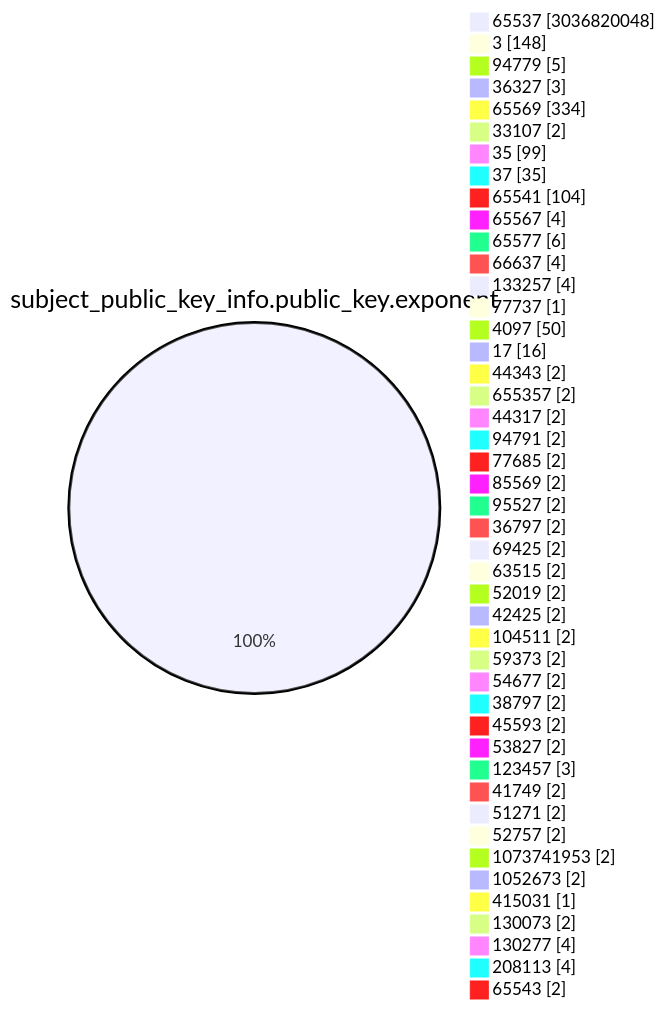
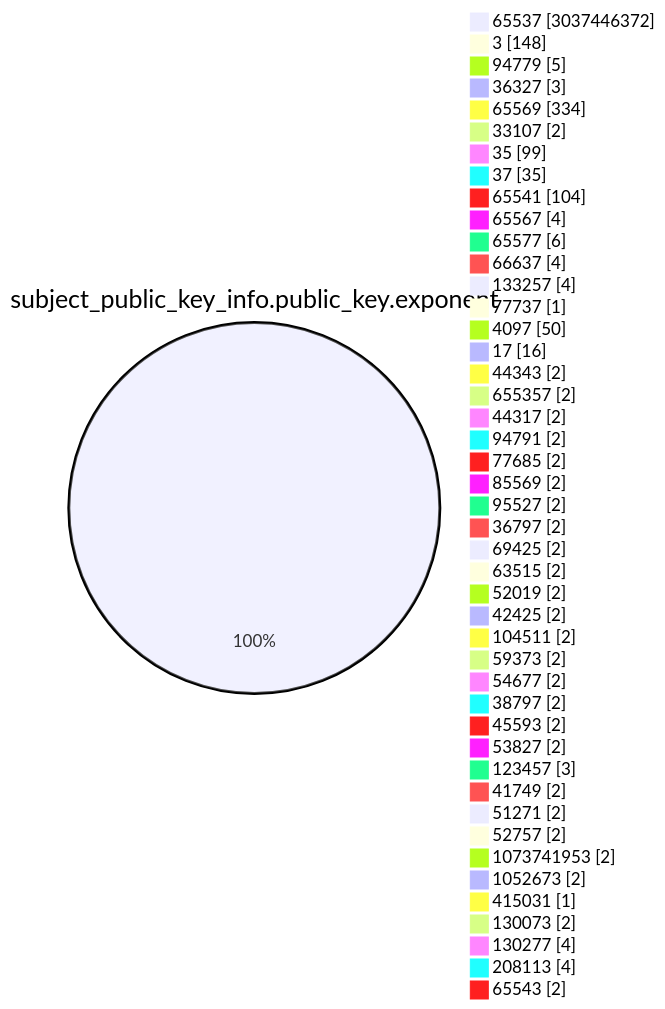
One commit to christiankrug/ctmonitor_visualization changed the fourth of 15 diagrams in TOTAL/README.md. Above: the diagram before and after it, drawn with Mermaid. The commit also changed other lines of this file, not shown here.

````diff
--- a/TOTAL/README.md
+++ b/TOTAL/README.md
@@ -1473,49 +1473,49 @@
 ```mermaid
 pie showData
 title subject_public_key_info.public_key.exponent
-"65537" :3036820048
+"65537" :3037446372
 "3" :148
 "94779" :5
 "36327" :3
 "65569" :334
 "33107" :2
 "35" :99
 "37" :35
 "65541" :104
 "65567" :4
 "65577" :6
 "66637" :4
 "133257" :4
 "77737" :1
 "4097" :50
 "17" :16
 "44343" :2
 "655357" :2
 "44317" :2
 "94791" :2
 "77685" :2
 "85569" :2
 "95527" :2
 "36797" :2
 "69425" :2
 "63515" :2
 "52019" :2
 "42425" :2
 "104511" :2
 "59373" :2
 "54677" :2
 "38797" :2
 "45593" :2
 "53827" :2
 "123457" :3
 "41749" :2
 "51271" :2
 "52757" :2
 "1073741953" :2
 "1052673" :2
 "415031" :1
 "130073" :2
 "130277" :4
 "208113" :4
 "65543" :2
 ```
````
